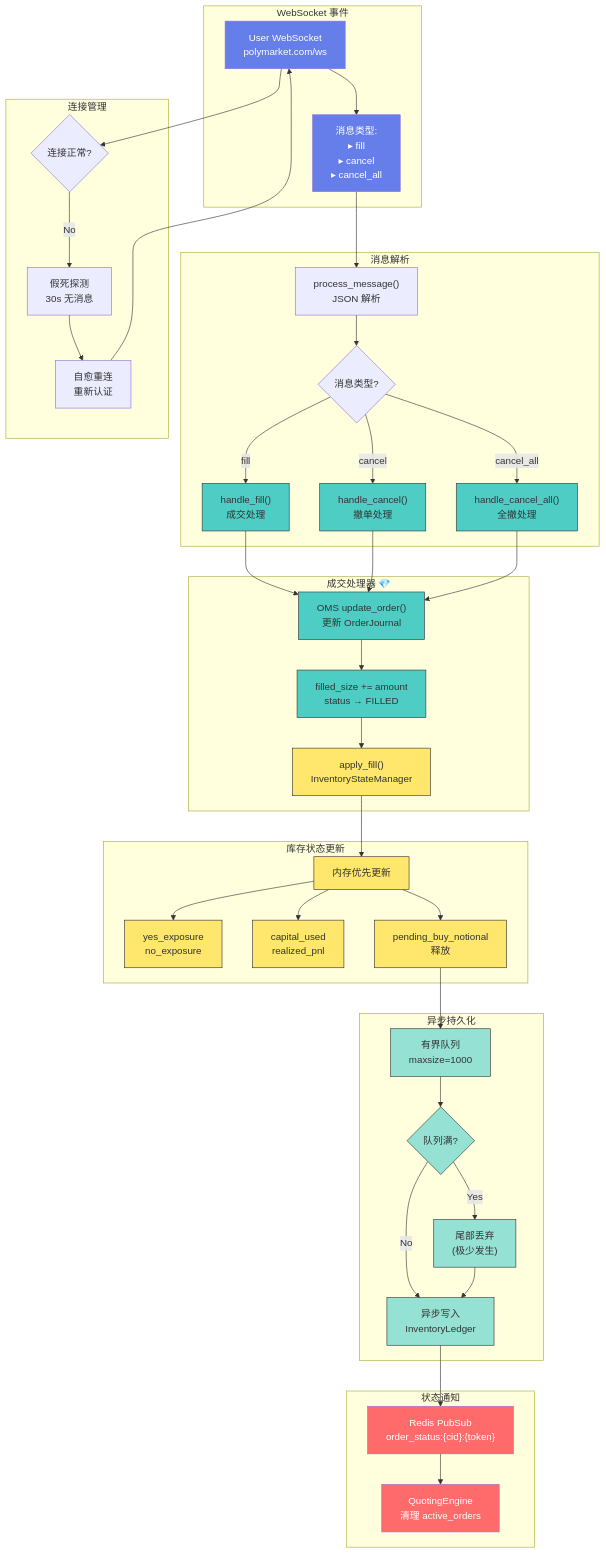
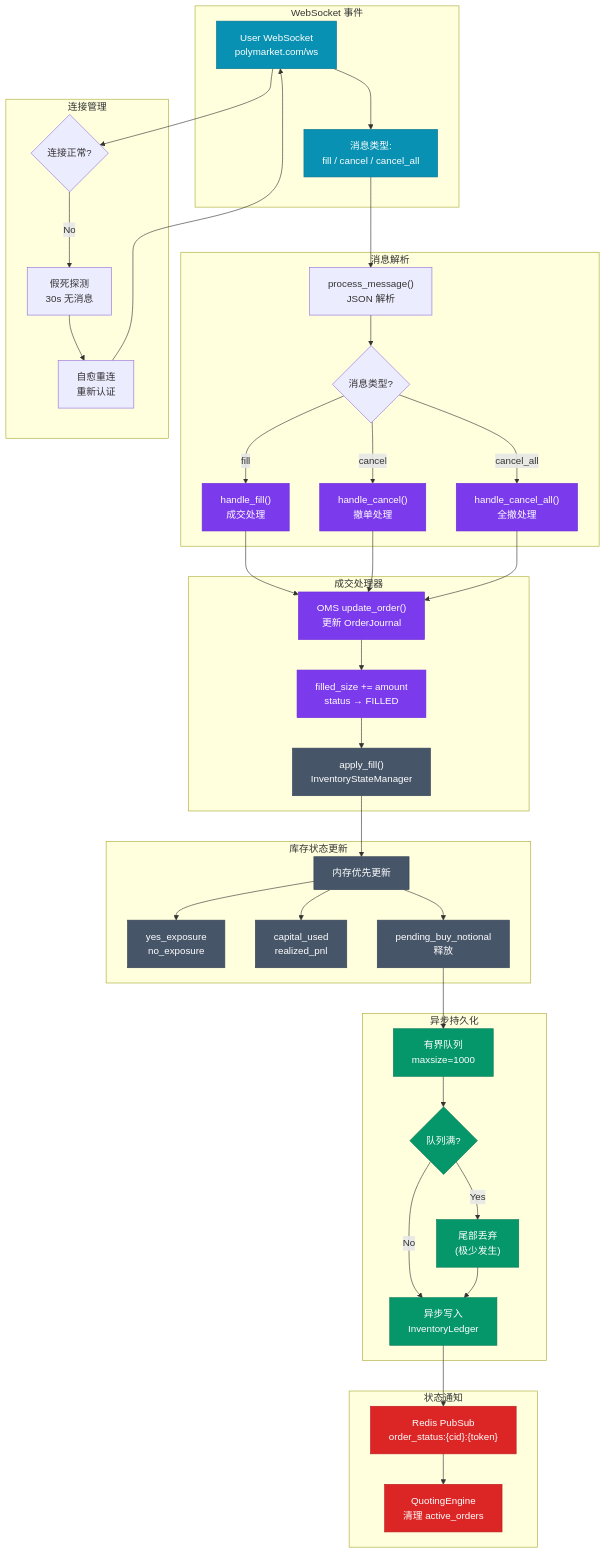
The first of 3 diagrams in spec/architecture_diagrams/06_fill_processing_flow.md (liu-kaining/PolyMatrixEngine), drawn with Mermaid before and after one commit. The commit also changed other lines of this file and 16 other files, not shown here.

Commit message:
architecture_diagrams

````diff
--- a/spec/architecture_diagrams/06_fill_processing_flow.md
+++ b/spec/architecture_diagrams/06_fill_processing_flow.md
@@ -3,8 +3,14 @@
 ```mermaid
+%%{init: {'theme': 'base', 'themeVariables': {
+  'primaryColor': '#1e3a5f',
+  'primaryTextColor': '#ffffff',
+  'primaryBorderColor': '#334155',
+  'lineColor': '#64748b'
+}}%%
 flowchart TB
     subgraph WS["WebSocket 事件"]
         A["User WebSocket<br/>polymarket.com/ws"]
-        B["消息类型:<br/>▸ fill<br/>▸ cancel<br/>▸ cancel_all"]
+        B["消息类型:<br/>fill / cancel / cancel_all"]
     end
 
     subgraph Parse["消息解析"]
@@ -15,7 +21,7 @@
         G["handle_cancel_all()<br/>全撤处理"]
     end
 
-    subgraph FillHandler["成交处理器 💎"]
+    subgraph FillHandler["成交处理器"]
         H["OMS update_order()<br/>更新 OrderJournal"]
         I["filled_size += amount<br/>status → FILLED"]
         J["apply_fill()<br/>InventoryStateManager"]
@@ -80,12 +86,12 @@
     V --> W
     W --> A
 
-    %% 样式
-    classDef ws fill:#667eea,color:#fff
-    classDef handler fill:#4ecdc4,stroke:#333
-    classDef memory fill:#ffe66d,stroke:#333
-    classDef persist fill:#95e1d3,stroke:#333
-    classDef notify fill:#ff6b6b,color:#fff
+    %% 样式 - 专业沉稳配色
+    classDef ws fill:#0891b2,stroke:#0e7490,color:#fff
+    classDef handler fill:#7c3aed,stroke:#6d28d9,color:#fff
+    classDef memory fill:#475569,stroke:#334155,color:#fff
+    classDef persist fill:#059669,stroke:#047857,color:#fff
+    classDef notify fill:#dc2626,stroke:#b91c1c,color:#fff
 
     class A,B ws
     class E,F,G,H,I handler
````
